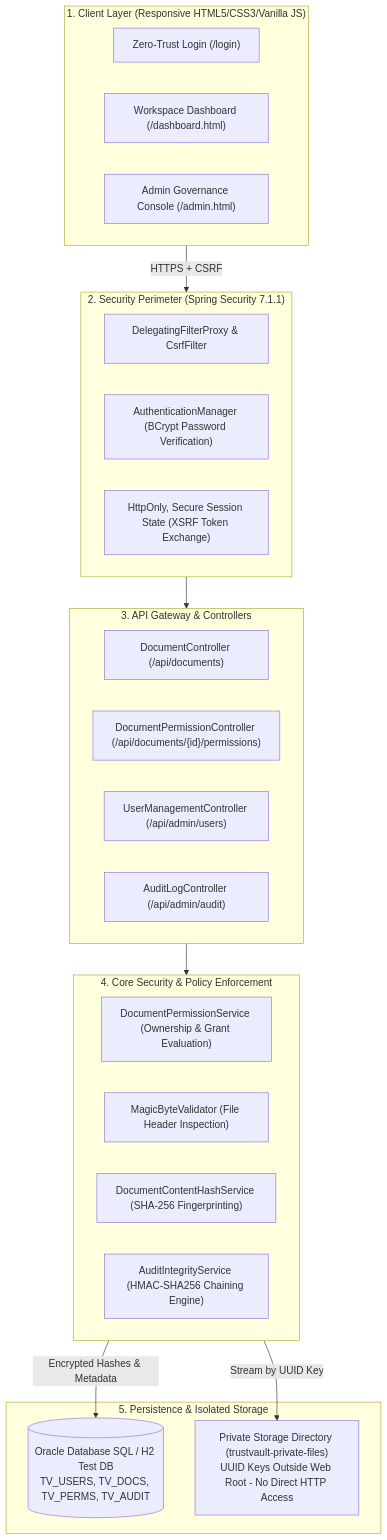
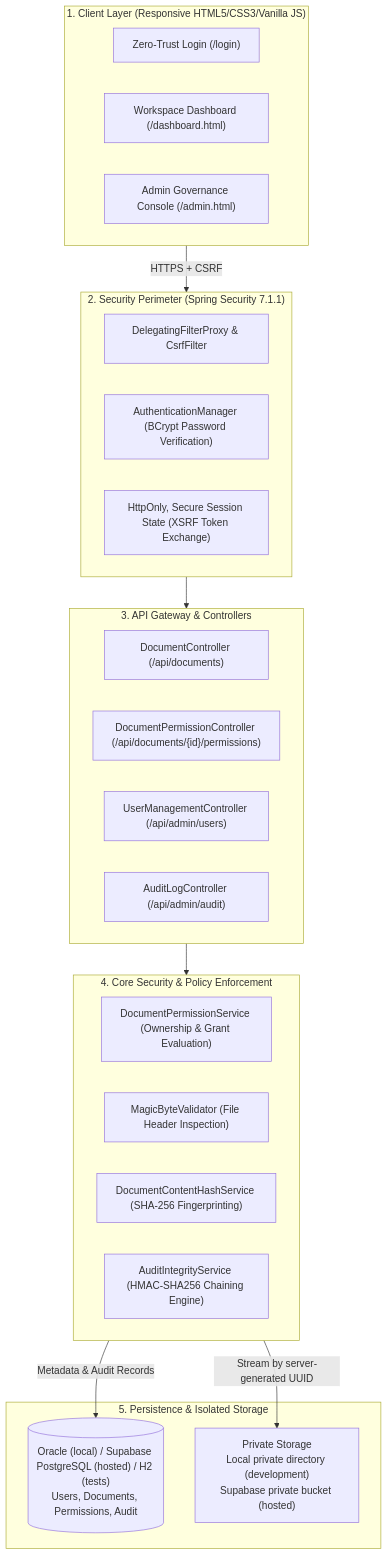
Before and after one commit to KPAVANTEJA/trustvault-java-springboot: the first of 6 diagrams in README.md, drawn with Mermaid. The commit also changed other lines of this file and 22 other files, not shown here.

````diff
--- a/README.md
+++ b/README.md
@@ -82,39 +83,39 @@
 ```mermaid
 graph TB
     subgraph ClientLayer ["1. Client Layer (Responsive HTML5/CSS3/Vanilla JS)"]
         UI_AUTH["Zero-Trust Login (/login)"]
         UI_DASH["Workspace Dashboard (/dashboard.html)"]
         UI_ADMIN["Admin Governance Console (/admin.html)"]
     end
 
     subgraph SecurityPerimeter ["2. Security Perimeter (Spring Security 7.1.1)"]
         FILTERS["DelegatingFilterProxy & CsrfFilter"]
         AUTH_MGR["AuthenticationManager (BCrypt Password Verification)"]
         SESSION["HttpOnly, Secure Session State (XSRF Token Exchange)"]
     end
 
     subgraph ControllerLayer ["3. API Gateway & Controllers"]
         DOC_CTRL["DocumentController (/api/documents)"]
         PERM_CTRL["DocumentPermissionController (/api/documents/{id}/permissions)"]
         USER_CTRL["UserManagementController (/api/admin/users)"]
         AUDIT_CTRL["AuditLogController (/api/admin/audit)"]
     end
 
     subgraph CoreEnforcement ["4. Core Security & Policy Enforcement"]
         PERM_SVC["DocumentPermissionService (Ownership & Grant Evaluation)"]
         VALIDATOR["MagicByteValidator (File Header Inspection)"]
         HASH_SVC["DocumentContentHashService (SHA-256 Fingerprinting)"]
         AUDIT_CHAIN["AuditIntegrityService (HMAC-SHA256 Chaining Engine)"]
     end
 
     subgraph StorageLayer ["5. Persistence & Isolated Storage"]
-        ORACLE_DB[("Oracle Database SQL / H2 Test DB<br/>TV_USERS, TV_DOCS, TV_PERMS, TV_AUDIT")]
-        VAULT_FS["Private Storage Directory (trustvault-private-files)<br/>UUID Keys Outside Web Root - No Direct HTTP Access"]
+        ORACLE_DB[("Oracle (local) / Supabase PostgreSQL (hosted) / H2 (tests)<br/>Users, Documents, Permissions, Audit")]
+        VAULT_FS["Private Storage<br/>Local private directory (development)<br/>Supabase private bucket (hosted)"]
     end
 
     ClientLayer -->|HTTPS + CSRF| SecurityPerimeter
     SecurityPerimeter --> ControllerLayer
     ControllerLayer --> CoreEnforcement
-    CoreEnforcement -->|Encrypted Hashes & Metadata| ORACLE_DB
-    CoreEnforcement -->|Stream by UUID Key| VAULT_FS
+    CoreEnforcement -->|Metadata & Audit Records| ORACLE_DB
+    CoreEnforcement -->|Stream by server-generated UUID| VAULT_FS
 ```
````
